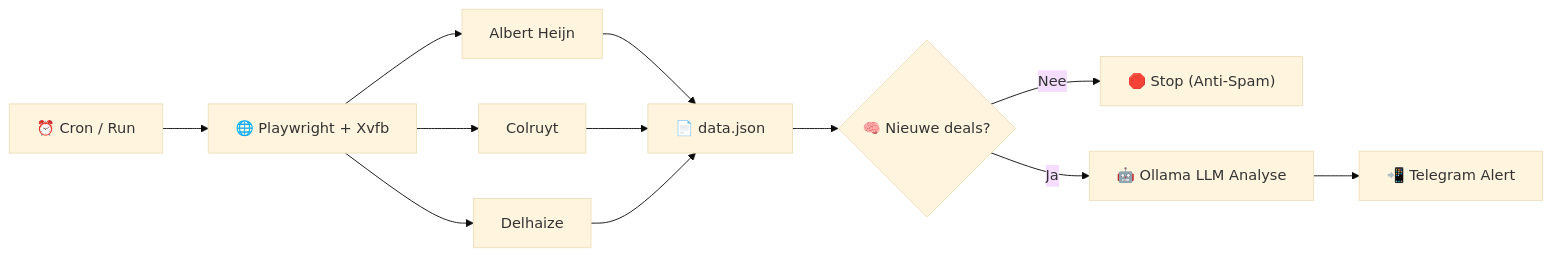
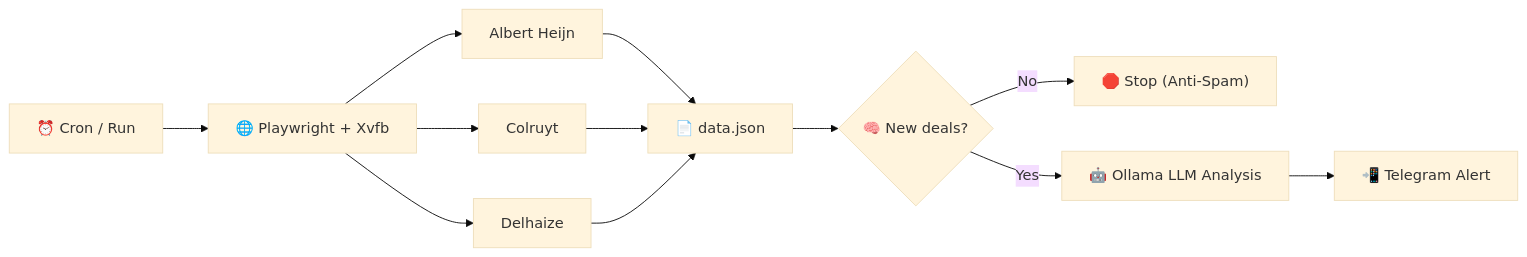
Before and after one commit to bavobbr/proteine-agent: the diagram in README.md, drawn with Mermaid (base theme). The commit also changed other lines of this file and 12 other files, not shown here.

````diff
--- a/README.md
+++ b/README.md
@@ -9,11 +9,11 @@
 ```mermaid
 flowchart LR
     Cron["⏰ Cron / Run"] --> Scraper["🌐 Playwright + Xvfb"]
 
     Scraper --> AH["Albert Heijn"] & Colruyt["Colruyt"] & Delhaize["Delhaize"]
     AH & Colruyt & Delhaize --> Data["📄 data.json"]
 
-    Data --> Geheugen{"🧠 Nieuwe deals?"}
-    Geheugen -- "Nee" --> Stop["🛑 Stop (Anti-Spam)"]
-    Geheugen -- "Ja" --> Ollama["🤖 Ollama LLM Analyse"] --> Telegram["📲 Telegram Alert"]
+    Data --> Memory{"🧠 New deals?"}
+    Memory -- "No" --> Stop["🛑 Stop (Anti-Spam)"]
+    Memory -- "Yes" --> Ollama["🤖 Ollama LLM Analysis"] --> Telegram["📲 Telegram Alert"]
 ```
````
